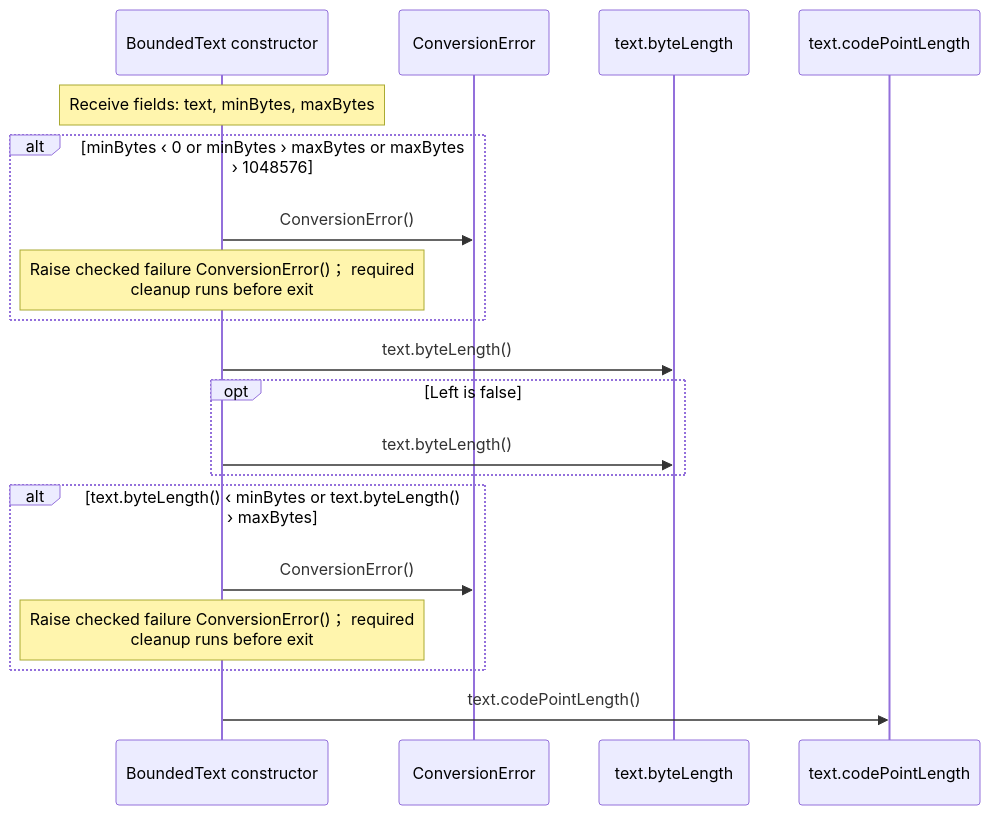
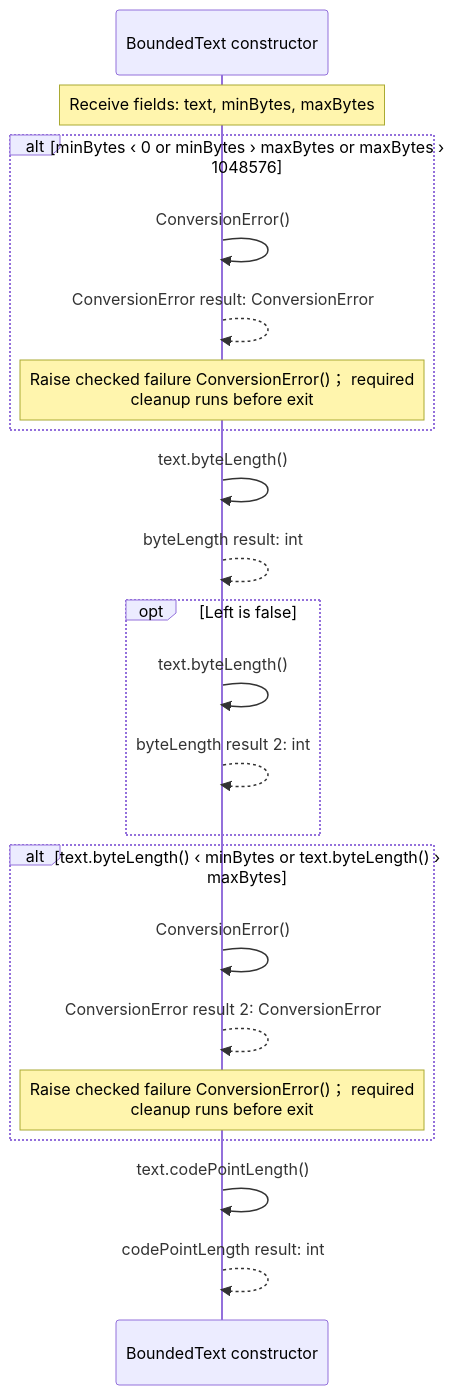
Before and after one commit to GreenPandaStudios/augscript: the third of 4 diagrams in src/stdlib/values/text.aug.diagrams.md, drawn with Mermaid. The commit also changed other lines of this file and 304 other files, not shown here.

Commit message:
Make generated data-flow sequences concise and review every diagram

````diff
--- a/src/stdlib/values/text.aug.diagrams.md
+++ b/src/stdlib/values/text.aug.diagrams.md
@@ -76,21 +62,24 @@
 ```mermaid
 sequenceDiagram
     participant p0 as BoundedText constructor
-    participant p1 as ConversionError
-    participant p2 as text.byteLength
-    participant p3 as text.codePointLength
+
     Note over p0: Receive fields: text, minBytes, maxBytes
     alt minBytes ‹ 0 or minBytes › maxBytes or maxBytes › 1048576
-    p0->>p1: ConversionError()
+    p0->>p0: ConversionError()
+    p0-->>p0: ConversionError result: ConversionError
     Note over p0: Raise checked failure ConversionError()； required<br/>cleanup runs before exit
     end
-    p0->>p2: text.byteLength()
+    p0->>p0: text.byteLength()
+    p0-->>p0: byteLength result: int
     opt Left is false
-    p0->>p2: text.byteLength()
+    p0->>p0: text.byteLength()
+    p0-->>p0: byteLength result 2: int
     end
     alt text.byteLength() ‹ minBytes or text.byteLength() › maxBytes
-    p0->>p1: ConversionError()
+    p0->>p0: ConversionError()
+    p0-->>p0: ConversionError result 2: ConversionError
     Note over p0: Raise checked failure ConversionError()； required<br/>cleanup runs before exit
     end
-    p0->>p3: text.codePointLength()
+    p0->>p0: text.codePointLength()
+    p0-->>p0: codePointLength result: int
 ```
````
